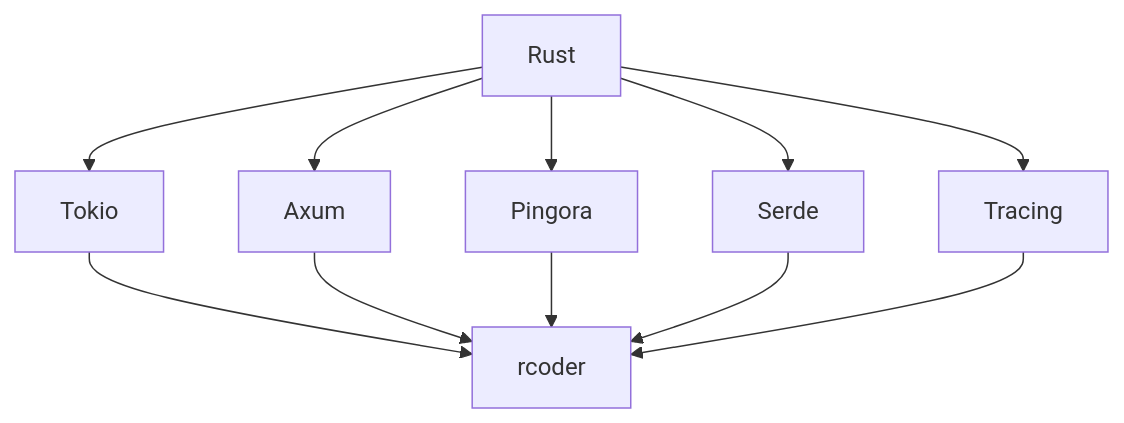
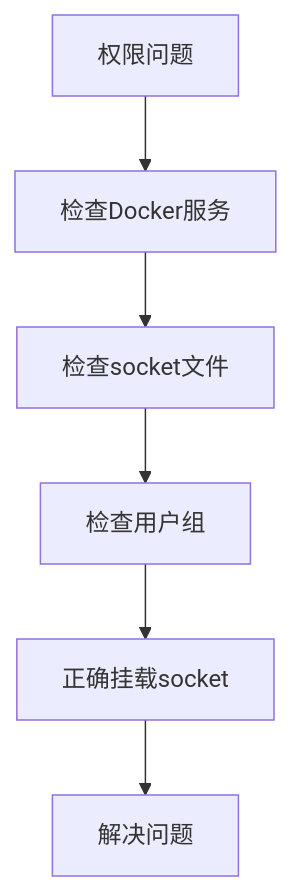
One commit to nuwax-ai/rcoder changed the tenth of 12 diagrams in .qoder/repowiki/zh/content/部署指南/部署指南.md. Above: the diagram before and after it, drawn with Mermaid. The commit also changed other lines of this file and 185 other files, not shown here.

````diff
--- a/.qoder/repowiki/zh/content/部署指南/部署指南.md
+++ b/.qoder/repowiki/zh/content/部署指南/部署指南.md
@@ -98,13 +283,8 @@
 ```mermaid
-graph TD
-A[Rust] --> B[Tokio]
-A --> C[Axum]
-A --> D[Pingora]
-A --> E[Serde]
-A --> F[Tracing]
-B --> G[rcoder]
-C --> G
-D --> G
-E --> G
-F --> G
+flowchart TD
+A[权限问题] --> B[检查Docker服务]
+B --> C[检查socket文件]
+C --> D[检查用户组]
+D --> E[正确挂载socket]
+E --> F[解决问题]
 ```
````
